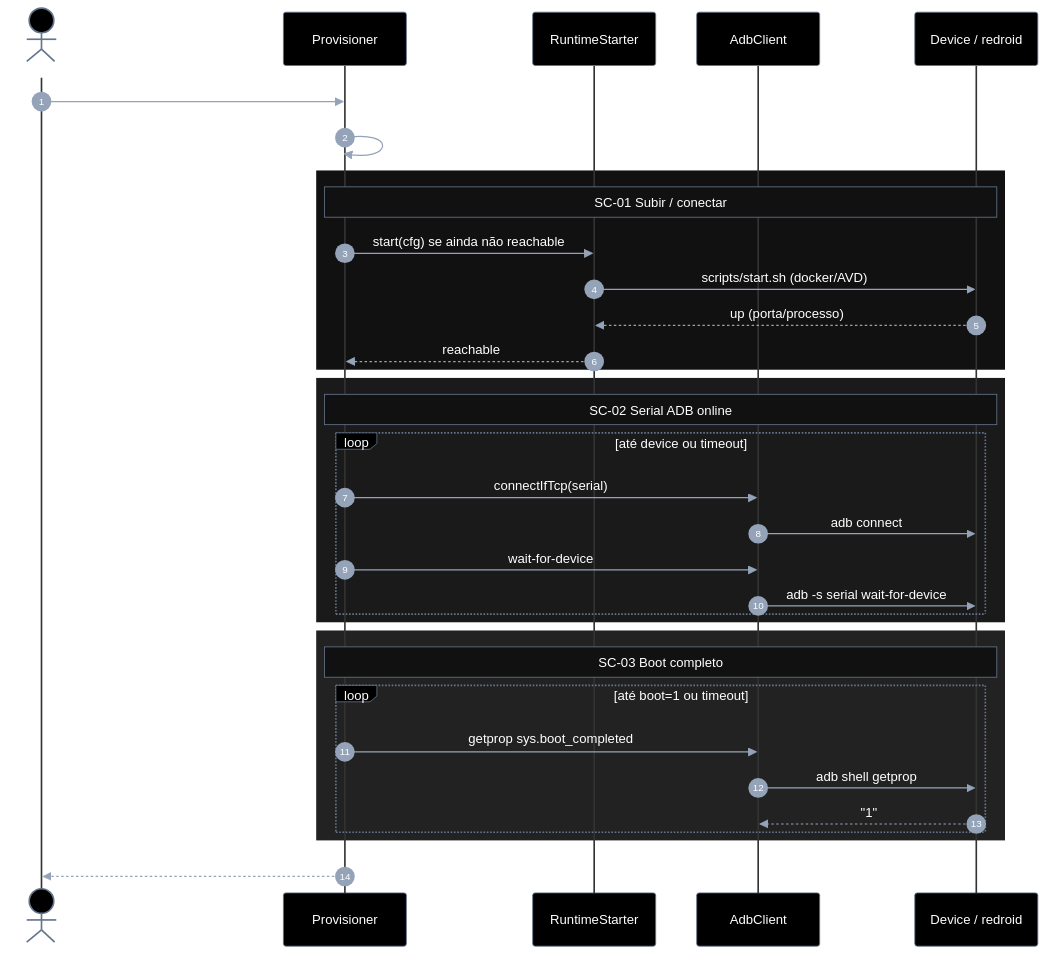
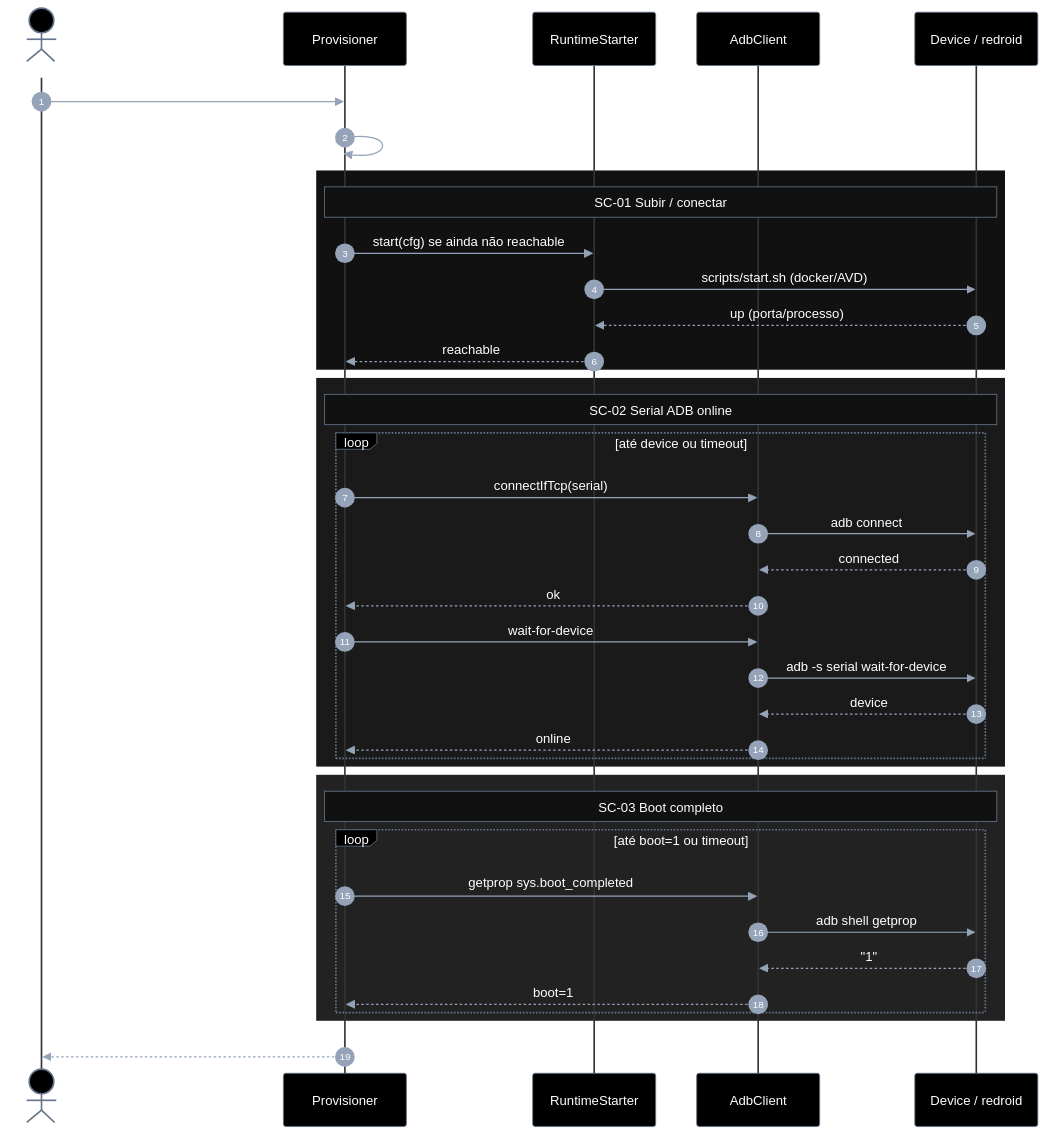
One commit to laerciogermano/workstation changed the first of 5 diagrams in connectmax/screen-robot/epics/EP-01-provisionar-agente/5.implementation-plan.md. Above: the diagram before and after it, drawn with Mermaid. The commit also changed other lines of this file and 5 other files, not shown here.

Commit message:
Completa retornos faltantes em todos os diagramas de sequência dos planos.

```diff
--- a/connectmax/screen-robot/epics/EP-01-provisionar-agente/5.implementation-plan.md
+++ b/connectmax/screen-robot/epics/EP-01-provisionar-agente/5.implementation-plan.md
@@ -103,8 +103,12 @@
     loop até device ou timeout
       P->>A: connectIfTcp(serial)
       A->>D: adb connect
+      D-->>A: connected
+      A-->>P: ok
       P->>A: wait-for-device
       A->>D: adb -s serial wait-for-device
+      D-->>A: device
+      A-->>P: online
     end
   end
 
@@ -114,6 +118,7 @@
       P->>A: getprop sys.boot_completed
       A->>D: adb shell getprop
       D-->>A: "1"
+      A-->>P: boot=1
     end
   end
 
```
